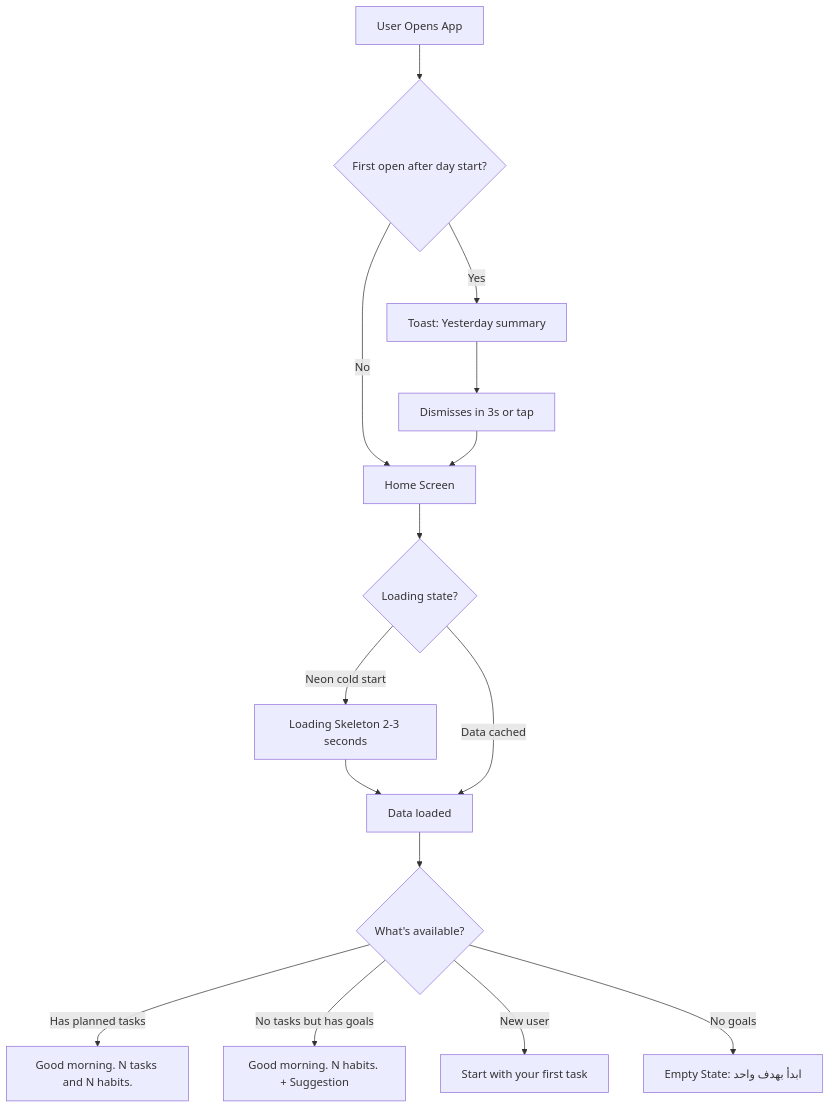
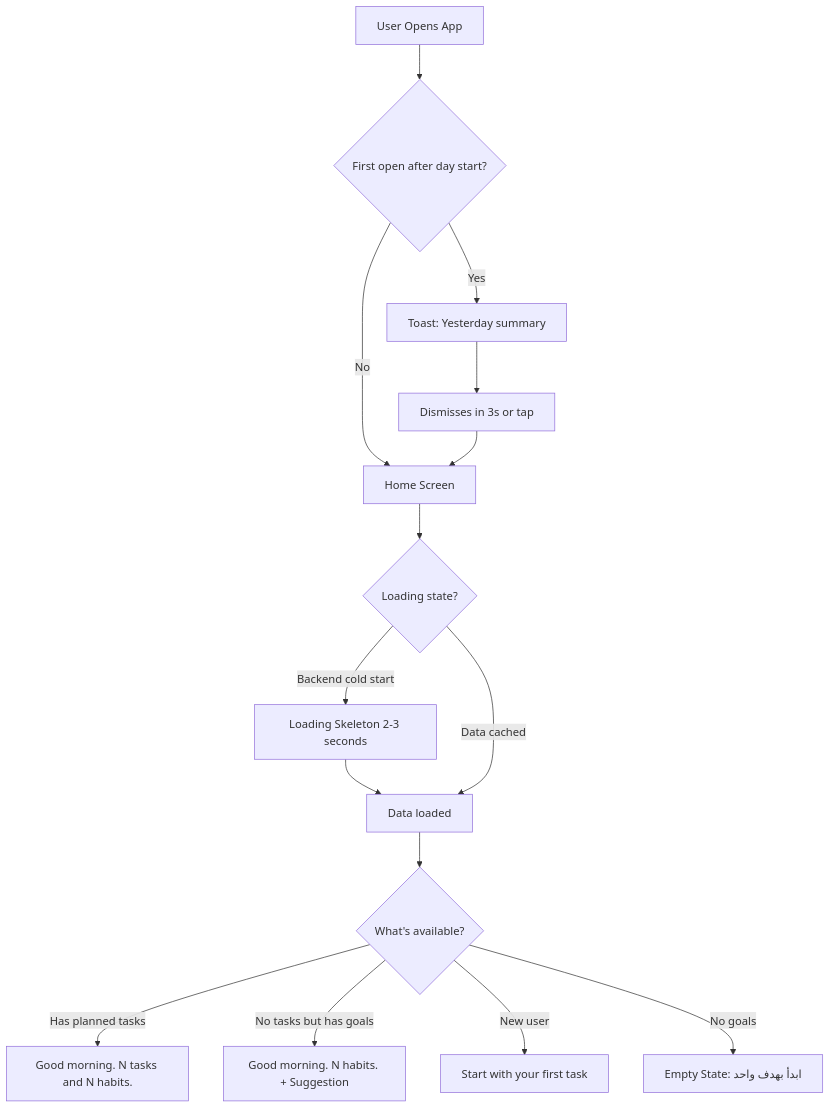
One commit to nhahub/NHA-4-225 changed the second of 6 diagrams in Docs/UX-Design-Specification.md. Above: the diagram before and after it, drawn with Mermaid. The commit also changed other lines of this file and 9 other files, not shown here.

````diff
--- a/Docs/UX-Design-Specification.md
+++ b/Docs/UX-Design-Specification.md
@@ -237,19 +237,19 @@
 ```mermaid
 graph TD
     A[User Opens App] --> B{First open after day start?}
     B -- Yes --> C["Toast: Yesterday summary"]
     C --> C2["Dismisses in 3s or tap"]
     B -- No --> D[Home Screen]
     C2 --> D
 
     D --> E{Loading state?}
-    E -- "Neon cold start" --> F["Loading Skeleton 2-3 seconds"]
+    E -- "Backend cold start" --> F["Loading Skeleton 2-3 seconds"]
     F --> G[Data loaded]
     E -- "Data cached" --> G
 
     G --> H{What's available?}
     H -- "Has planned tasks" --> I["Good morning. N tasks and N habits."]
     H -- "No tasks but has goals" --> J["Good morning. N habits. + Suggestion"]
     H -- "New user" --> K["Start with your first task"]
     H -- "No goals" --> L["Empty State: ابدأ بهدف واحد"]
 ```
````
